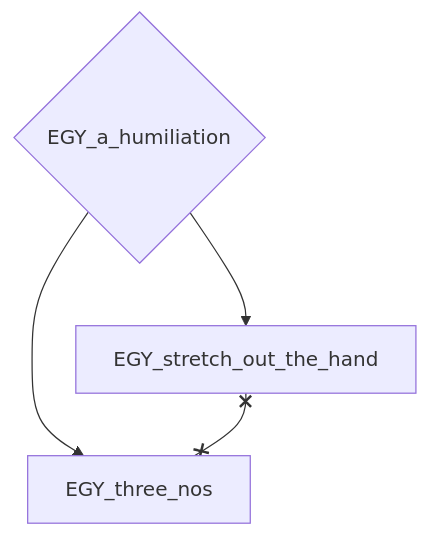
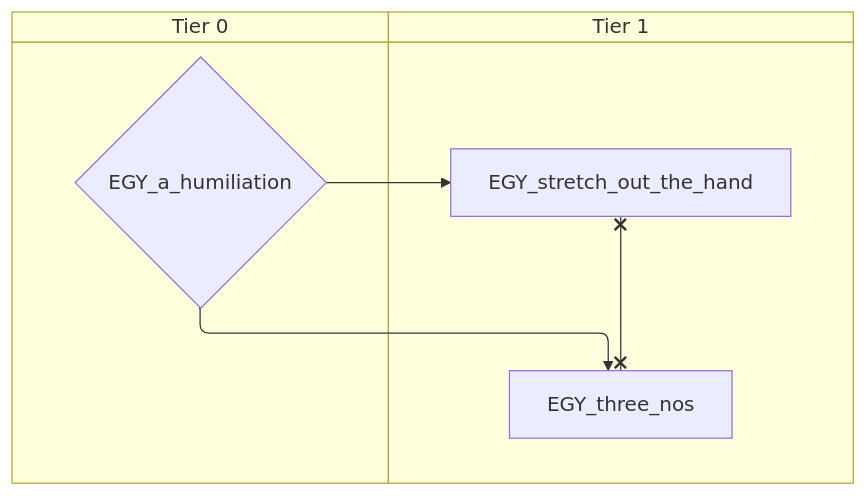
The first of 10 diagrams in docs/gdd/National Focuses/r56/egypt.md (evgeny-sobol/hoi4-sandbox-mode-r56), drawn with Mermaid before and after one commit. The commit also changed other lines of this file and 423 other files, not shown here.

First line of the commit message:
Re-export Rt56 focus trees as swimlane diagrams

````diff
--- a/docs/gdd/National Focuses/r56/egypt.md
+++ b/docs/gdd/National Focuses/r56/egypt.md
@@ -3,9 +3,13 @@
 ```mermaid
-flowchart TD
-    n1{"EGY_a_humiliation"}
-    n2["EGY_stretch_out_the_hand"]
-    n3["EGY_three_nos"]
+swimlane-beta TD
+    subgraph tier_0["Tier 0"]
+        n1{"EGY_a_humiliation"}
+    end
+    subgraph tier_1["Tier 1"]
+        n2["EGY_stretch_out_the_hand"]
+        n3["EGY_three_nos"]
+    end
     n1 --> n2
     n1 --> n3
     n2 x--x n3
 ```
````
